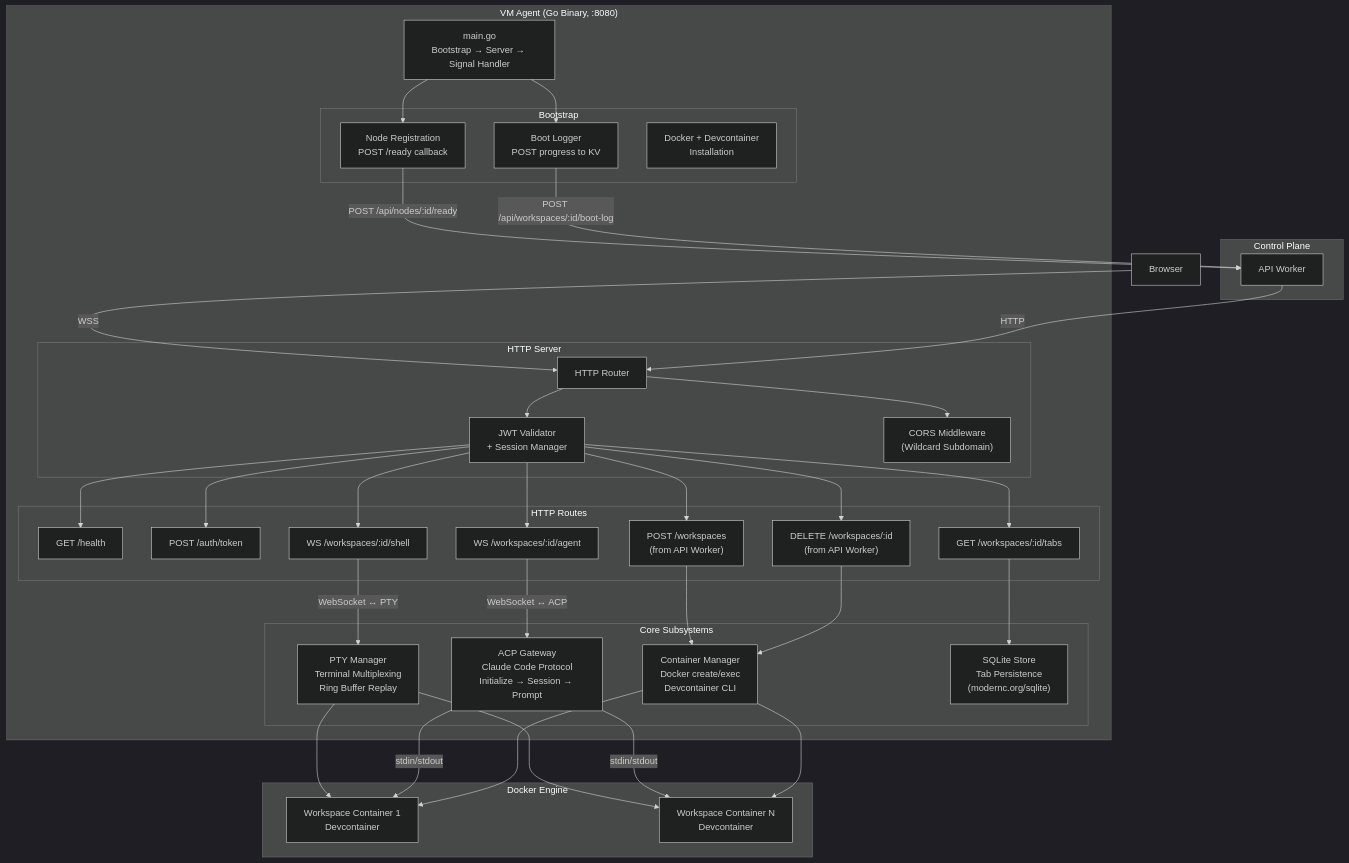
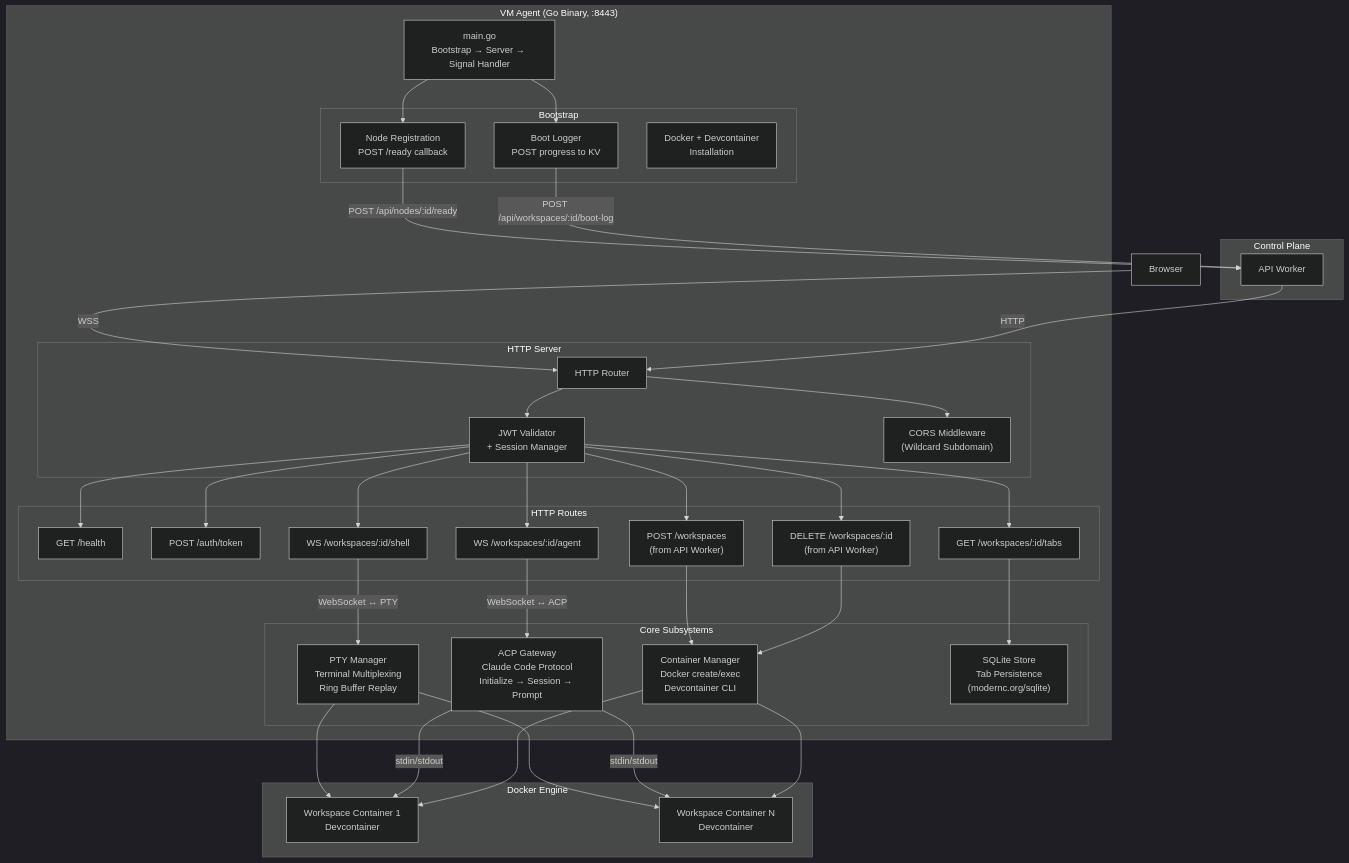
The sixth of 17 diagrams in docs/architecture/walkthrough.md (raphaeltm/simple-agent-manager), drawn with Mermaid (dark theme) before and after one commit. The commit also changed other lines of this file and 2 other files, not shown here.

Commit message:
fix: remove origin CA cert protection to allow SAN replacement
The deploy failed because the Origin CA cert is protected and Pulumi
can't replace it to add the *.vm.{domain} SAN. Temporarily remove
protect flag to allow replacement. Also fix stale doc references
(port 8080→8443, vm-* DNS comment).

````diff
--- a/docs/architecture/walkthrough.md
+++ b/docs/architecture/walkthrough.md
@@ -387,65 +387,65 @@
 ```mermaid
 graph TB
-    subgraph "VM Agent (Go Binary, :8080)"
+    subgraph "VM Agent (Go Binary, :8443)"
         Main["main.go<br/>Bootstrap → Server → Signal Handler"]
 
         subgraph "HTTP Server"
             Router["HTTP Router"]
             AuthMw["JWT Validator<br/>+ Session Manager"]
             CORSMw["CORS Middleware<br/>(Wildcard Subdomain)"]
         end
 
         subgraph "Core Subsystems"
             PTYMgr["PTY Manager<br/>Terminal Multiplexing<br/>Ring Buffer Replay"]
             ContainerMgr["Container Manager<br/>Docker create/exec<br/>Devcontainer CLI"]
             ACPGateway["ACP Gateway<br/>Claude Code Protocol<br/>Initialize → Session → Prompt"]
             Persistence["SQLite Store<br/>Tab Persistence<br/>(modernc.org/sqlite)"]
         end
 
         subgraph "Bootstrap"
             BootLog["Boot Logger<br/>POST progress to KV"]
             NodeReg["Node Registration<br/>POST /ready callback"]
             DockerSetup["Docker + Devcontainer<br/>Installation"]
         end
 
         subgraph "HTTP Routes"
             HealthR["GET /health"]
             AuthR["POST /auth/token"]
             ShellR["WS /workspaces/:id/shell"]
             AgentR["WS /workspaces/:id/agent"]
             TabsR["GET /workspaces/:id/tabs"]
             WSCreateR["POST /workspaces<br/>(from API Worker)"]
             WSDeleteR["DELETE /workspaces/:id<br/>(from API Worker)"]
         end
     end
 
     subgraph "Docker Engine"
         DC1["Workspace Container 1<br/>Devcontainer"]
         DC2["Workspace Container N<br/>Devcontainer"]
     end
 
     subgraph "Control Plane"
         API["API Worker"]
     end
 
     Browser["Browser"] -->|"WSS"| Router
     API -->|"HTTP"| Router
     Router --> AuthMw
     Router --> CORSMw
     AuthMw --> HealthR & AuthR & ShellR & AgentR & TabsR & WSCreateR & WSDeleteR
 
     ShellR -->|"WebSocket ↔ PTY"| PTYMgr
     AgentR -->|"WebSocket ↔ ACP"| ACPGateway
     TabsR --> Persistence
     WSCreateR --> ContainerMgr
     WSDeleteR --> ContainerMgr
 
     PTYMgr --> DC1 & DC2
     ACPGateway -->|"stdin/stdout"| DC1 & DC2
     ContainerMgr --> DC1 & DC2
 
     Main --> BootLog
     Main --> NodeReg
     NodeReg -->|"POST /api/nodes/:id/ready"| API
     BootLog -->|"POST /api/workspaces/:id/boot-log"| API
 ```
````
